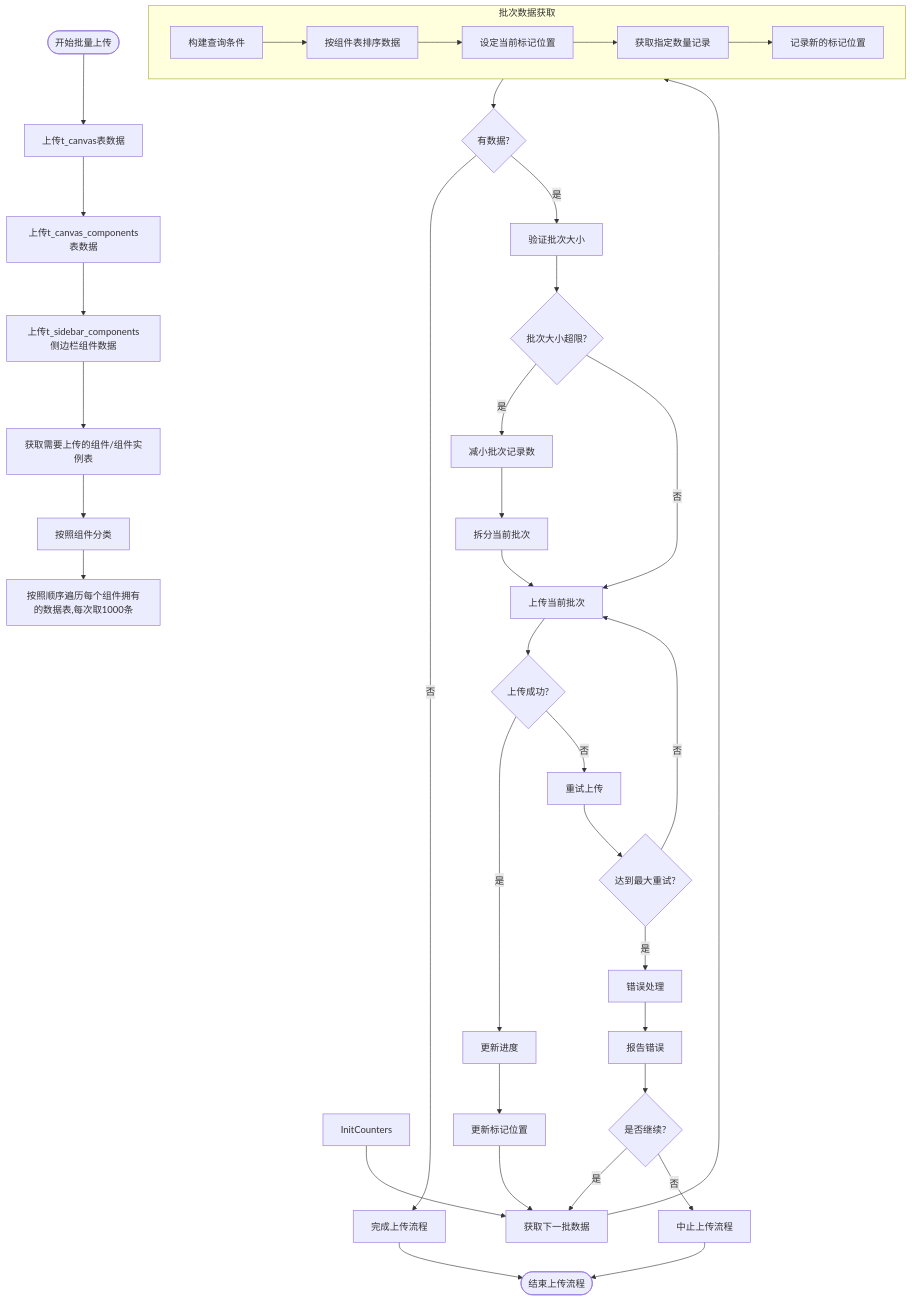
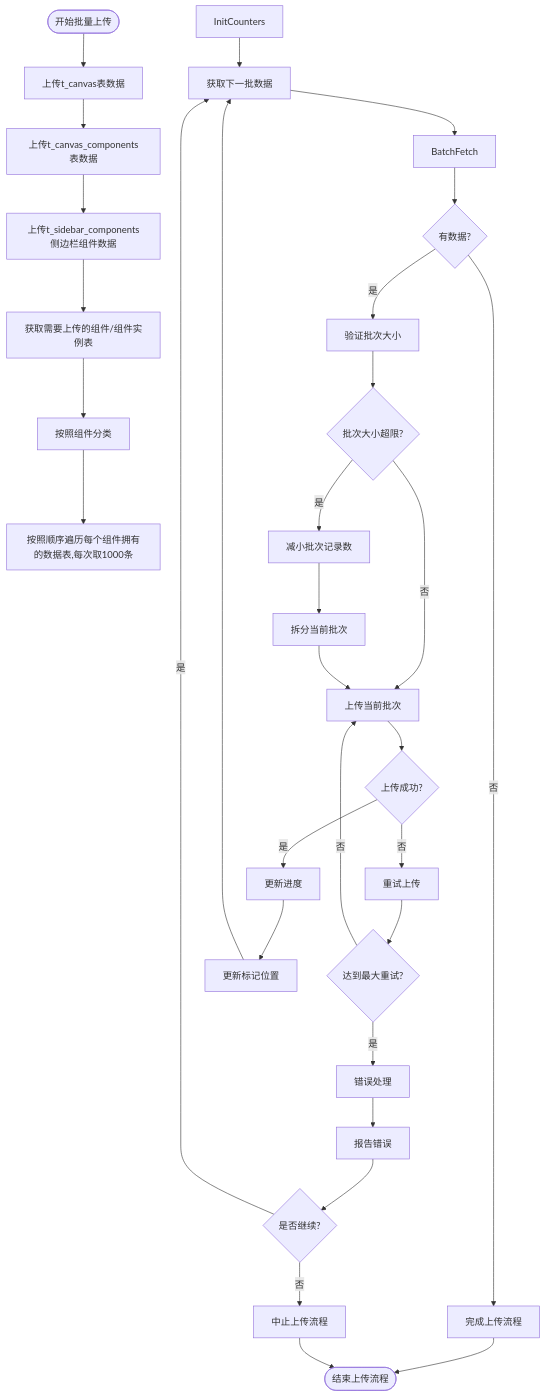
One commit to yingjianzh/iodraw-files changed the diagram in all/未命名-51.md. Above: the diagram before and after it, drawn with Mermaid.

Commit message:
2025-05-08 17:29:44 update

````diff
--- a/all/未命名-51.md
+++ b/all/未命名-51.md
@@ -1,53 +1,47 @@
 ```mermaid
 flowchart TD
     Start([开始批量上传]) --> UploadSpaceData[上传t_canvas表数据]
     UploadSpaceData --> UploadComponentListData[上传t_canvas_components表数据]
     UploadComponentListData --> UploadSiderComponent[上传t_sidebar_components侧边栏组件数据]
     
     UploadSiderComponent --> FetchData[获取需要上传的组件/组件实例表]
 
     FetchData --> ClassifyData[按照组件分类]
 
     ClassifyData --> UploadData[按照顺序遍历每个组件拥有的数据表,每次取1000条]
     
     InitCounters --> FetchNextBatch[获取下一批数据]
     
-    subgraph BatchFetch [批次数据获取]
-        A[构建查询条件] --> B[按组件表排序数据]
-        B --> C[设定当前标记位置]
-        C --> D[获取指定数量记录]
-        D --> E[记录新的标记位置]
-    end
     
     FetchNextBatch --> BatchFetch
     
     BatchFetch --> CheckResults{有数据?}
     CheckResults -->|否| CompleteUpload[完成上传流程]
     CheckResults -->|是| ValidateBatch[验证批次大小]
     
     ValidateBatch --> SizeTooLarge{批次大小超限?}
     SizeTooLarge -->|是| AdjustBatchSize[减小批次记录数]
     SizeTooLarge -->|否| UploadBatch[上传当前批次]
     
     AdjustBatchSize --> SplitBatch[拆分当前批次]
     SplitBatch --> UploadBatch
     
     UploadBatch --> UploadSuccess{上传成功?}
     UploadSuccess -->|是| UpdateProgress[更新进度]
     UploadSuccess -->|否| RetryUpload[重试上传]
     
     RetryUpload --> MaxRetries{达到最大重试?}
     MaxRetries -->|否| UploadBatch
     MaxRetries -->|是| ErrorHandling[错误处理]
     
     ErrorHandling --> ReportError[报告错误]
     ReportError --> ContinueOption{是否继续?}
     ContinueOption -->|是| FetchNextBatch
     ContinueOption -->|否| AbortProcess[中止上传流程]
     
     UpdateProgress --> UpdateMarker[更新标记位置]
     UpdateMarker --> FetchNextBatch
     
     CompleteUpload --> End([结束上传流程])
     AbortProcess --> End
 ```
````
